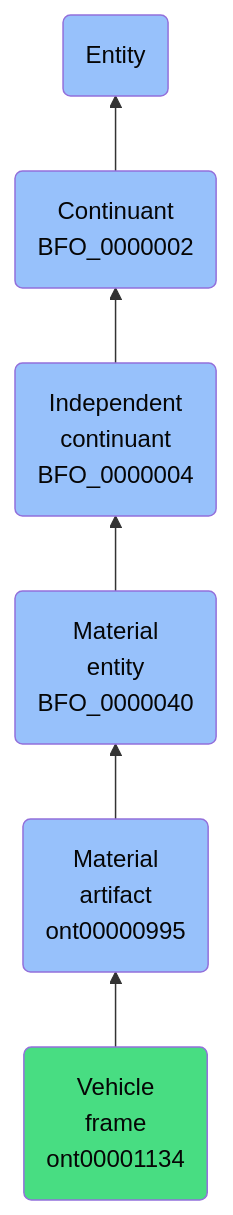
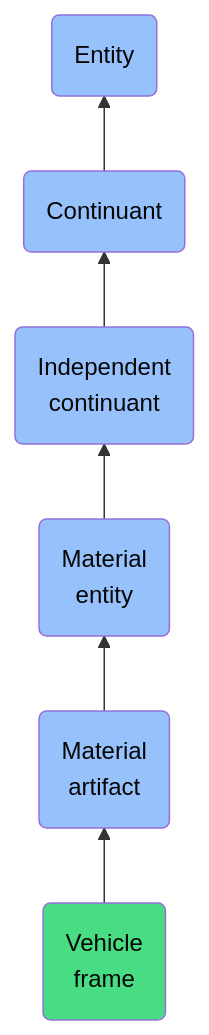
Before and after one commit to jupyter-naas/abi: the diagram in docs/ontology/reference/model/Entity/Continuant/Independent continuant/Material entity/Material artifact/Vehicle frame/Vehicle frame.md, drawn with Mermaid. The commit also changed other lines of this file and 1430 other files, not shown here.

````diff
--- a/docs/ontology/reference/model/Entity/Continuant/Independent continuant/Material entity/Material artifact/Vehicle frame/Vehicle frame.md
+++ b/docs/ontology/reference/model/Entity/Continuant/Independent continuant/Material entity/Material artifact/Vehicle frame/Vehicle frame.md
@@ -24,13 +24,13 @@
 ```mermaid
 graph BT
-    ont00001134(Vehicle<br>frame<br>ont00001134):::ABI-->ont00000995
-    ont00000995(Material<br>artifact<br>ont00000995):::BFO-->BFO_0000040
-    BFO_0000040(Material<br>entity<br>BFO_0000040):::BFO-->BFO_0000004
-    BFO_0000004(Independent<br>continuant<br>BFO_0000004):::BFO-->BFO_0000002
-    BFO_0000002(Continuant<br>BFO_0000002):::BFO-->BFO_0000001
+    ont00001134(Vehicle<br>frame):::ABI-->ont00000995
+    ont00000995(Material<br>artifact):::BFO-->BFO_0000040
+    BFO_0000040(Material<br>entity):::BFO-->BFO_0000004
+    BFO_0000004(Independent<br>continuant):::BFO-->BFO_0000002
+    BFO_0000002(Continuant):::BFO-->BFO_0000001
     BFO_0000001(Entity):::BFO
     
     classDef BFO fill:#97c1fb,color:#060606
     classDef CCO fill:#e4c51e,color:#060606
     classDef ABI fill:#48DD82,color:#060606
 ```
````
